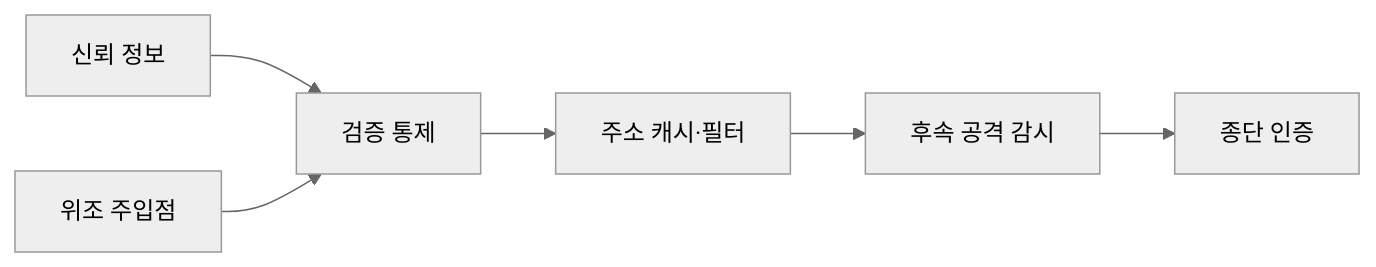
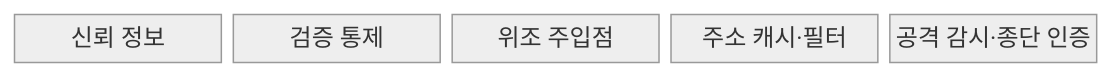
One commit to agnusdei1207/knowledge-base changed the first of 2 diagrams in src/content/docs/notes/05-security/024_network_spoofing.md. Above: the diagram before and after it, drawn with Mermaid (neutral theme). The commit also changed other lines of this file and 11 other files, not shown here.

````diff
--- a/src/content/docs/notes/05-security/024_network_spoofing.md
+++ b/src/content/docs/notes/05-security/024_network_spoofing.md
@@ -60,8 +62,9 @@
 ```mermaid
-flowchart LR
-    T[신뢰 정보] --> V[검증 통제]
-    A[위조 주입점] --> V
-    V --> C[주소 캐시·필터]
-    C --> F[후속 공격 감시]
-    F --> E[종단 인증]
+block-beta
+    columns 5
+    T["신뢰 정보"]
+    V["검증 통제"]
+    A["위조 주입점"]
+    C["주소 캐시·필터"]
+    F["공격 감시·종단 인증"]
 ```
````
